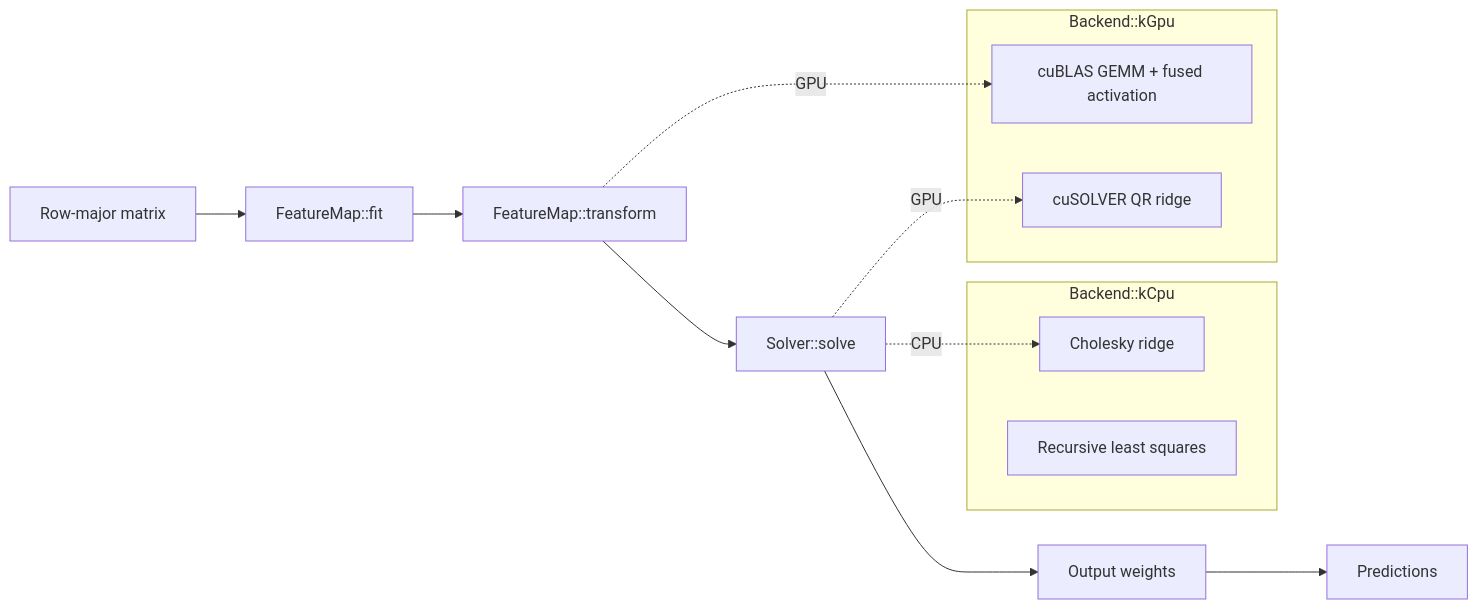
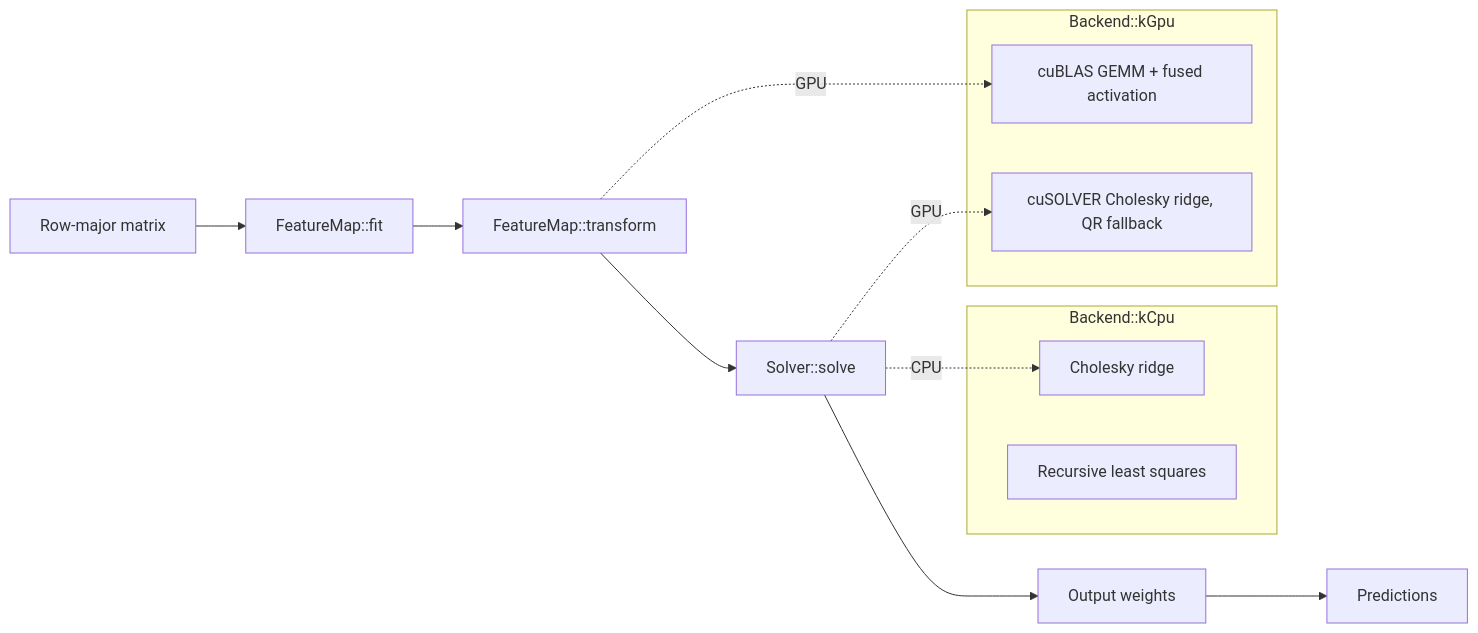
One commit to e-choness/feature_extraction_cuda_elm changed the diagram in README.md. Above: the diagram before and after it, drawn with Mermaid. The commit also changed other lines of this file and 68 other files, not shown here.

````diff
--- a/README.md
+++ b/README.md
@@ -139,22 +153,22 @@
 ```mermaid
 flowchart LR
     Data[Row-major matrix] --> Fit[FeatureMap::fit]
     Fit --> Transform[FeatureMap::transform]
     Transform --> Solve[Solver::solve]
     Solve --> Weights[Output weights]
     Weights --> Predict[Predictions]
 
     subgraph CPU[Backend::kCpu]
         Cholesky[Cholesky ridge]
         RLS[Recursive least squares]
     end
 
     subgraph GPU[Backend::kGpu]
         GEMM[cuBLAS GEMM + fused activation]
-        QR[cuSOLVER QR ridge]
+        QR[cuSOLVER Cholesky ridge, QR fallback]
     end
 
     Transform -. GPU .-> GEMM
     Solve -. CPU .-> Cholesky
     Solve -. GPU .-> QR
 ```
````
